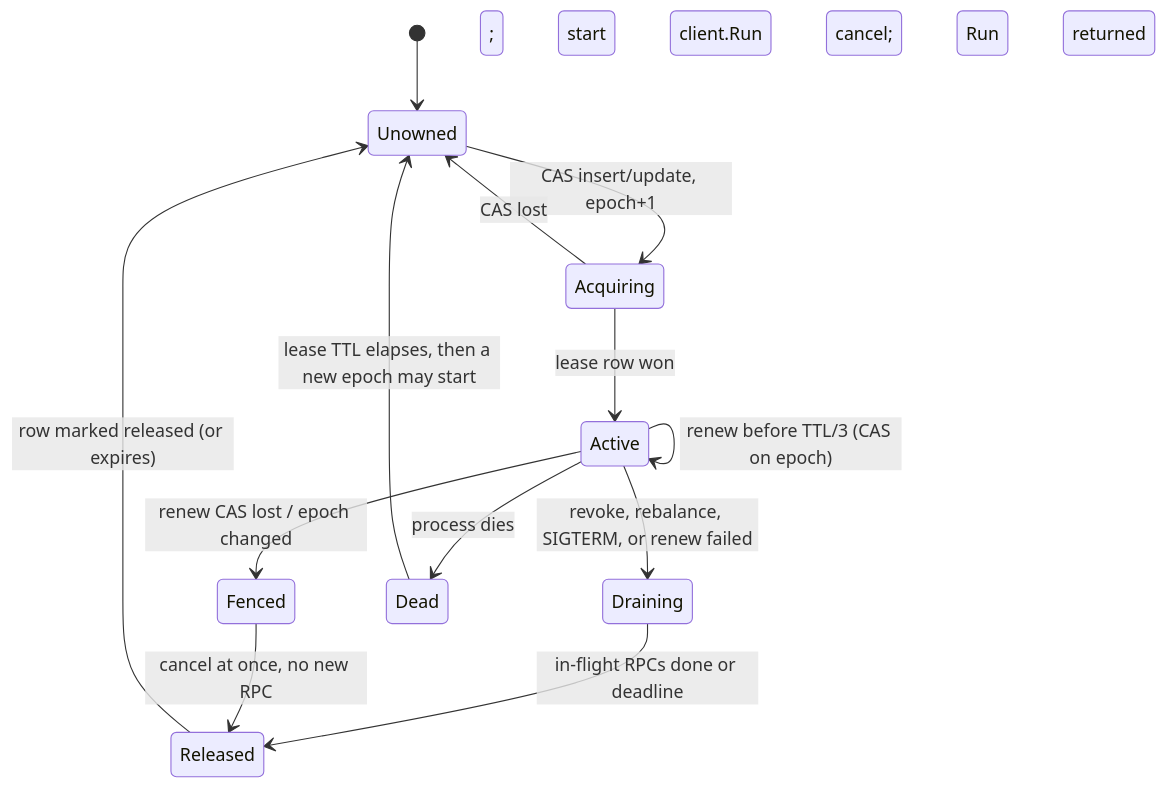
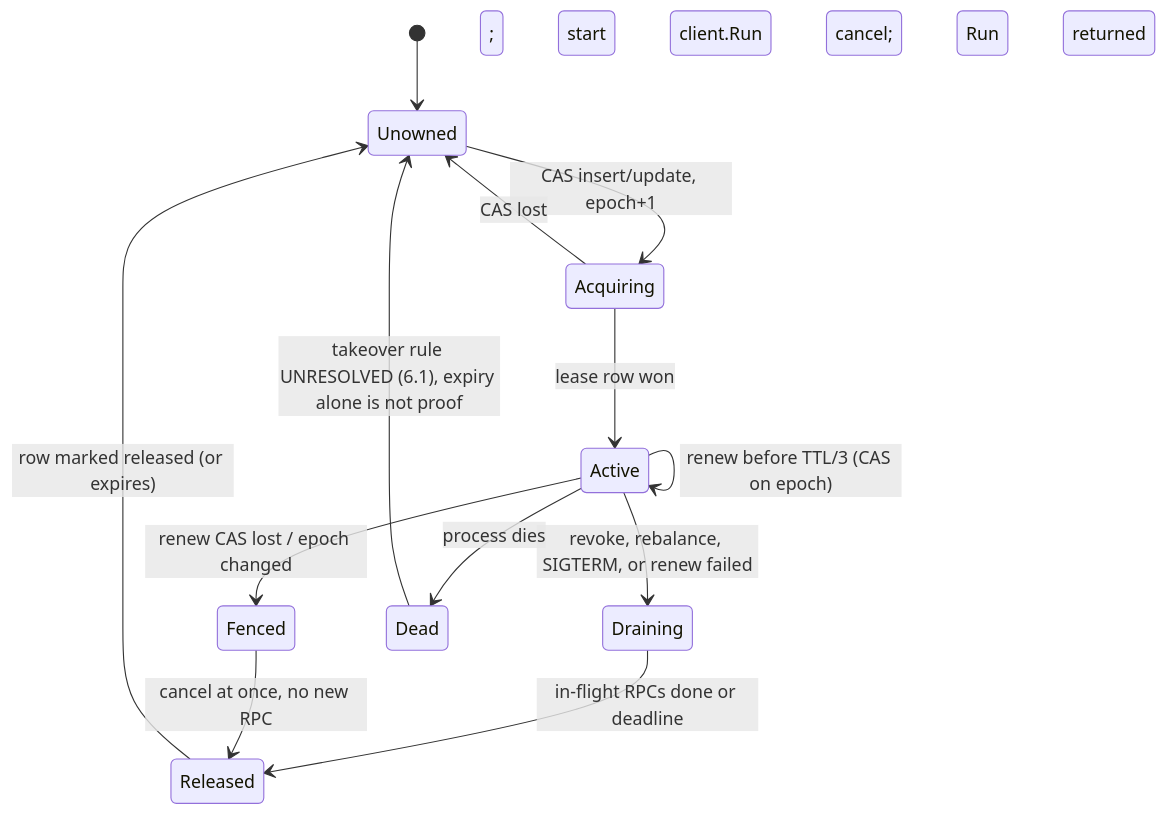
The first of 2 diagrams in docs/spikes/mtproto-scaling-architecture.md (mctlhq/mctl-telegram), drawn with Mermaid before and after one commit. The commit also changed other lines of this file, not shown here.

````diff
--- a/docs/spikes/mtproto-scaling-architecture.md
+++ b/docs/spikes/mtproto-scaling-architecture.md
@@ -169,15 +170,15 @@
 ```mermaid
 stateDiagram-v2
     [*] --> Unowned
     Unowned --> Acquiring: CAS insert/update, epoch+1
     Acquiring --> Active: lease row won; start client.Run
     Acquiring --> Unowned: CAS lost
     Active --> Active: renew before TTL/3 (CAS on epoch)
     Active --> Draining: revoke, rebalance, SIGTERM, or renew failed
     Draining --> Released: in-flight RPCs done or deadline; cancel; Run returned
     Released --> Unowned: row marked released (or expires)
     Active --> Fenced: renew CAS lost / epoch changed
     Fenced --> Released: cancel at once, no new RPC
     Active --> Dead: process dies
-    Dead --> Unowned: lease TTL elapses, then a new epoch may start
+    Dead --> Unowned: takeover rule UNRESOLVED (6.1), expiry alone is not proof
 ```
````
